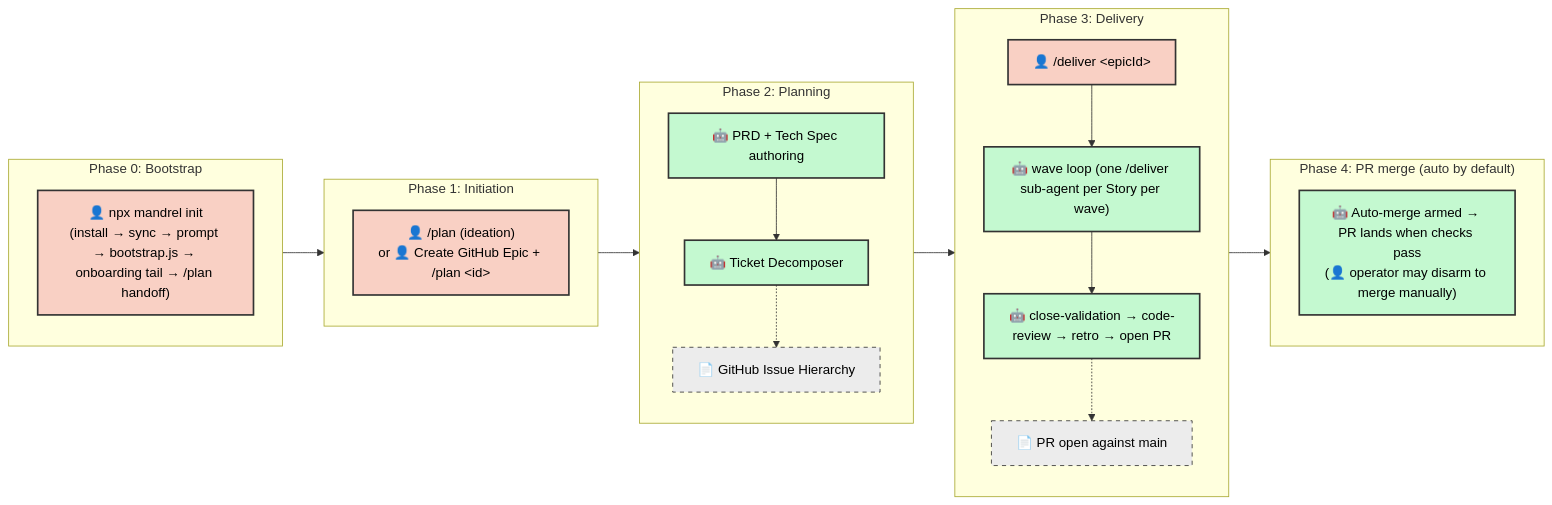
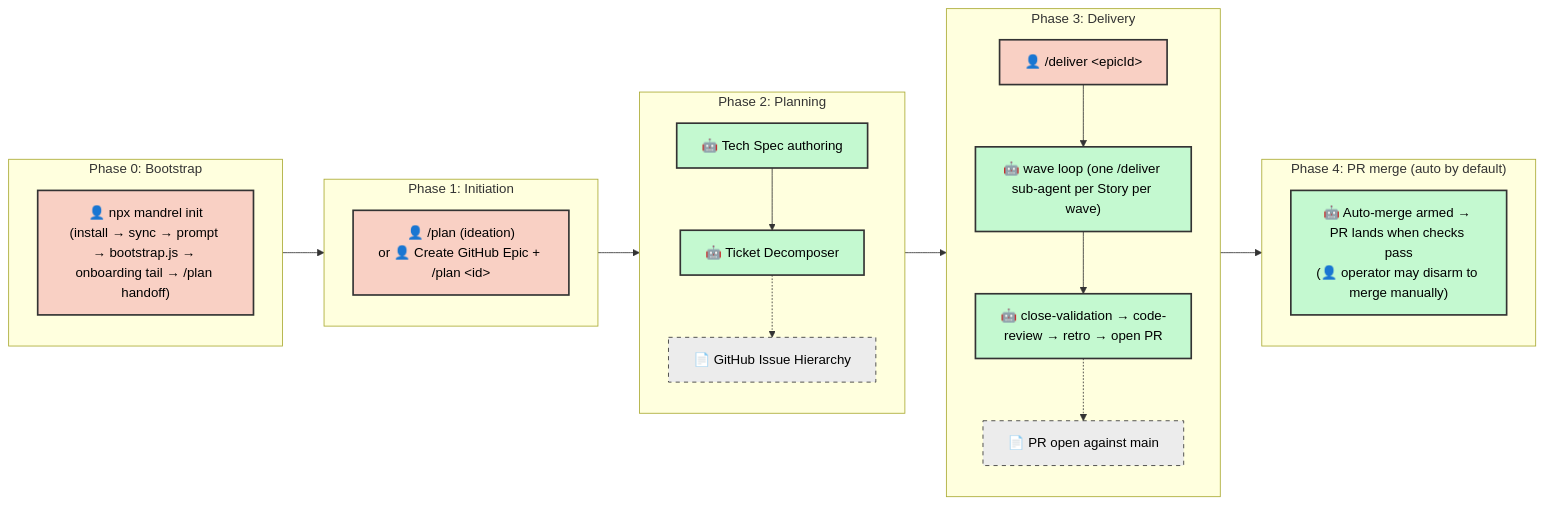
Before and after one commit to dsj1984/mandrel-bench: the diagram in .agents/docs/SDLC.md, drawn with Mermaid. The commit also changed other lines of this file and 214 other files, not shown here.

````diff
--- a/.agents/docs/SDLC.md
+++ b/.agents/docs/SDLC.md
@@ -225,43 +230,43 @@
 ```mermaid
 graph LR
     classDef manual fill:#f9d0c4,stroke:#333,stroke-width:2px,color:#000;
     classDef agentic fill:#c4f9d0,stroke:#333,stroke-width:2px,color:#000;
     classDef artifact fill:#ececec,stroke:#333,stroke-width:1px,stroke-dasharray: 5 5,color:#000;
 
     subgraph Phase0 ["Phase 0: Bootstrap"]
         direction TB
         Z["👤 npx mandrel init<br/>(install → sync → prompt → bootstrap.js → onboarding tail → /plan handoff)"]:::manual
     end
 
     subgraph Phase1 ["Phase 1: Initiation"]
         direction TB
         A["👤 /plan (ideation)<br/>or 👤 Create GitHub Epic + /plan &lt;id&gt;"]:::manual
     end
 
     subgraph Phase2 ["Phase 2: Planning"]
         direction TB
-        C["🤖 PRD + Tech Spec authoring"]:::agentic
+        C["🤖 Tech Spec authoring"]:::agentic
         D["🤖 Ticket Decomposer"]:::agentic
         C --> D
         D -.-> D_Art["📄 GitHub Issue Hierarchy"]:::artifact
     end
 
     subgraph Phase3 ["Phase 3: Delivery"]
         direction TB
         E["👤 /deliver &lt;epicId&gt;"]:::manual
         F["🤖 wave loop (one /deliver sub-agent per Story per wave)"]:::agentic
         G["🤖 close-validation → code-review → retro → open PR"]:::agentic
         E --> F --> G
         G -.-> G_Art["📄 PR open against main"]:::artifact
     end
 
     subgraph Phase4 ["Phase 4: PR merge (auto by default)"]
         direction TB
         H["🤖 Auto-merge armed → PR lands when checks pass<br/>(👤 operator may disarm to merge manually)"]:::agentic
     end
 
     Z --> A
     A --> C
     D --> E
     G --> H
 ```
````
